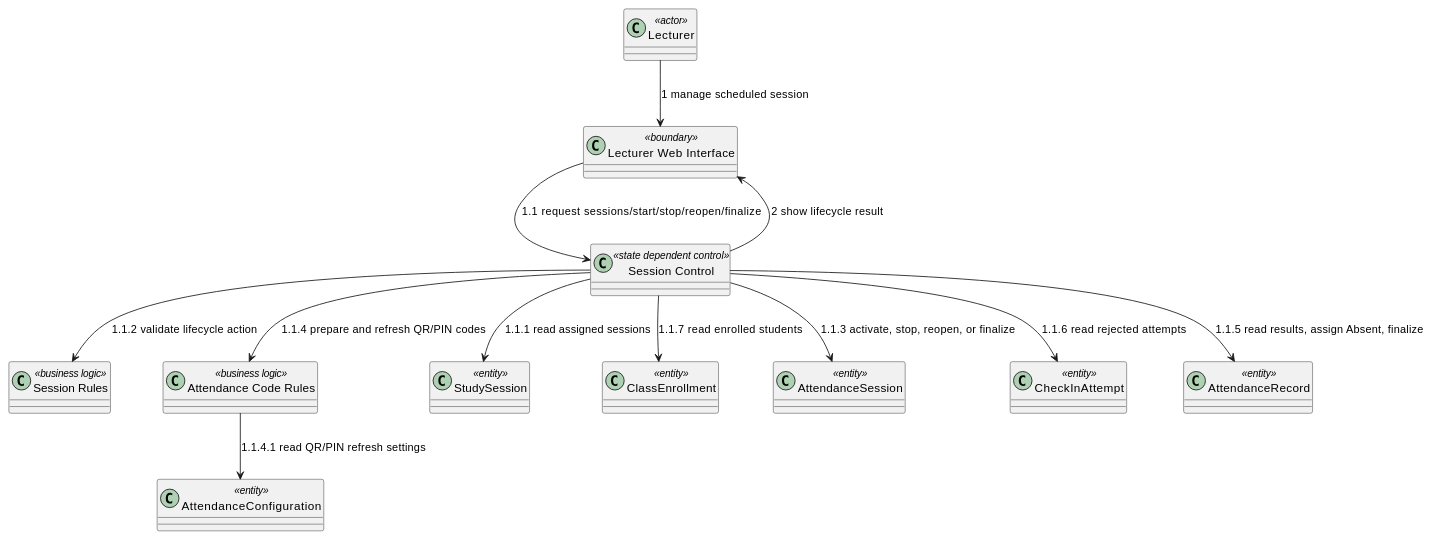
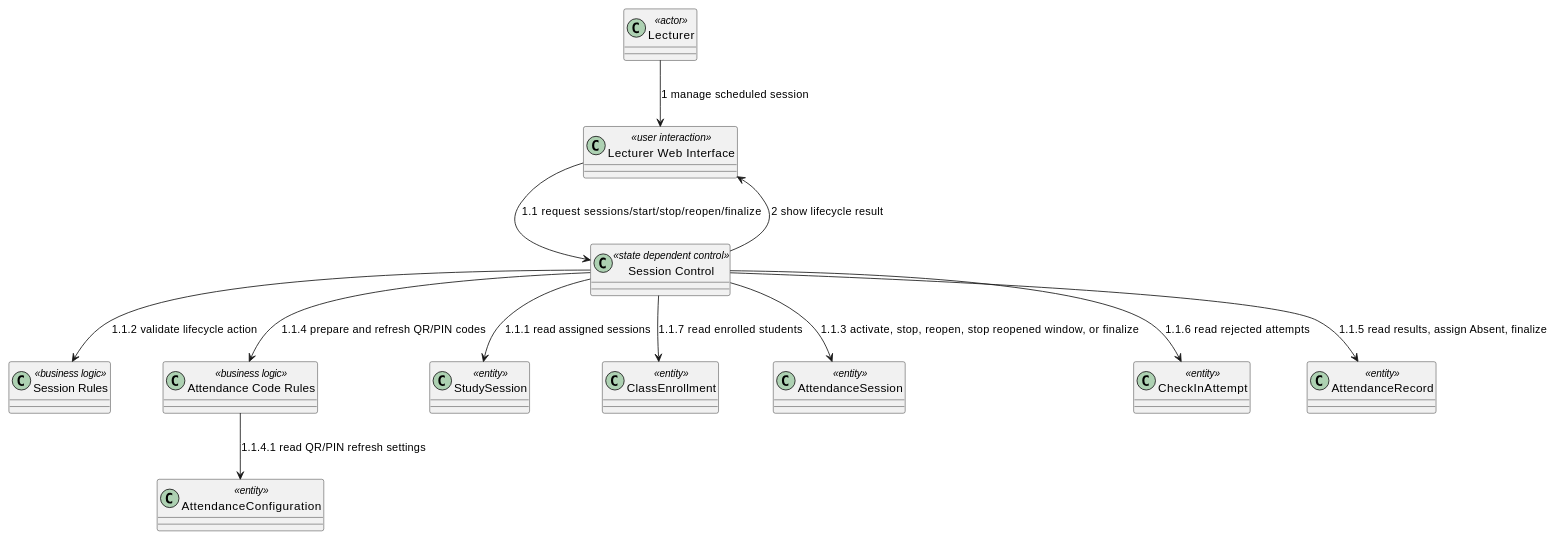
Diagram 16 of 29 in docs/sds/2_Analysis.md (nttung42/SWD392), drawn with PlantUML before and after one commit. The commit also changed other lines of this file and 1 other file, not shown here.

````diff
--- a/docs/sds/2_Analysis.md
+++ b/docs/sds/2_Analysis.md
@@ -805,27 +866,27 @@
 ```plantuml
 @startuml
 class "Lecturer" as Lecturer <<actor>>
-class "Lecturer Web Interface" as LecturerUI <<boundary>>
+class "Lecturer Web Interface" as LecturerUI <<user interaction>>
 class "Session Control" as SessionControl <<state dependent control>>
 class "Session Rules" as SessionRules <<business logic>>
 class "Attendance Code Rules" as CodeRules <<business logic>>
 class "AttendanceConfiguration" as AttendanceConfig <<entity>>
 class "StudySession" as StudySession <<entity>>
 class "ClassEnrollment" as ClassEnrollment <<entity>>
 class "AttendanceSession" as AttendanceSession <<entity>>
 class "CheckInAttempt" as CheckInAttempt <<entity>>
 class "AttendanceRecord" as AttendanceRecord <<entity>>
 
 Lecturer --> LecturerUI : 1 manage scheduled session
 LecturerUI --> SessionControl : 1.1 request sessions/start/stop/reopen/finalize
 SessionControl --> StudySession : 1.1.1 read assigned sessions
 SessionControl --> SessionRules : 1.1.2 validate lifecycle action
-SessionControl --> AttendanceSession : 1.1.3 activate, stop, reopen, or finalize
+SessionControl --> AttendanceSession : 1.1.3 activate, stop, reopen, stop reopened window, or finalize
 SessionControl --> CodeRules : 1.1.4 prepare and refresh QR/PIN codes
 CodeRules --> AttendanceConfig : 1.1.4.1 read QR/PIN refresh settings
 SessionControl --> AttendanceRecord : 1.1.5 read results, assign Absent, finalize
 SessionControl --> CheckInAttempt : 1.1.6 read rejected attempts
 SessionControl --> ClassEnrollment : 1.1.7 read enrolled students
 SessionControl --> LecturerUI : 2 show lifecycle result
 @enduml
 ```
````
